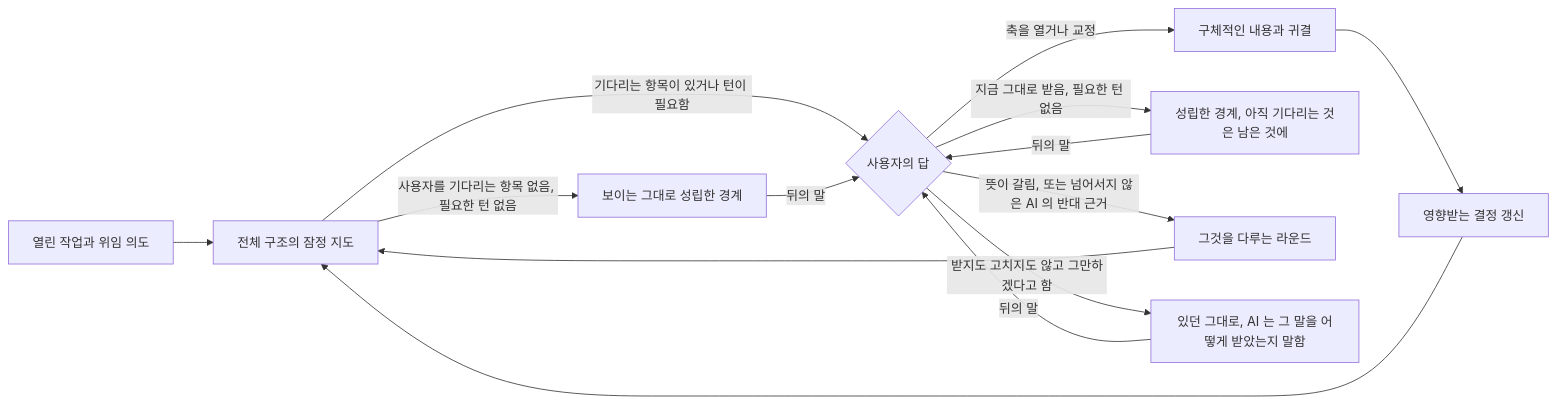
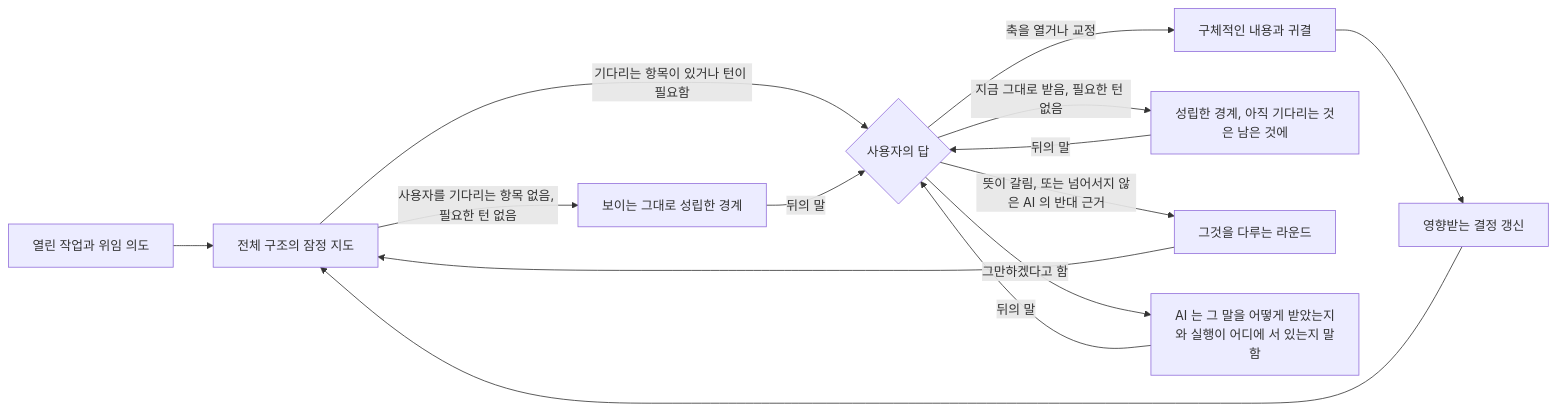
The diagram in horismos/README_ko.md (jongwony/epistemic-protocols), drawn with Mermaid before and after one commit. The commit also changed other lines of this file and 1 other file, not shown here.

Commit message:
fix(horismos): README 쌍에서 「그만」 의 사례 문장과 흐름도 갈래를 걷는다 (ROO-191)
ROO-191 decide 7e2ebe95 (choi 의 ROO-67 bf3665d7): 사람의 「그만」 이 무엇을 거두는지는 누적
컨텍스트에서 읽고, 계약에는 그 범위나 사례를 적지 않는다. SKILL.md 는 이미 `Reaches` 한
문장뿐이다. README 쌍에 남은 「accepting or changing nothing → Run stays as it was」 흐름도 갈래와
「without accepting or changing the boundary, leave the run as it was」 문장은 그만이 아무것도
거두지 않는다는 사례였으므로, 「다른 답처럼 읽고, 어떻게 받았는지와 실행이 어디에 서 있는지
말한다」 로 바꾼다.

Claude-Session: https://claude.ai/code/session_01CQN72GYhRecvDjeoiPheG6

````diff
--- a/horismos/README_ko.md
+++ b/horismos/README_ko.md
@@ -9,16 +9,16 @@
 ```mermaid
 flowchart LR
     A[열린 작업과 위임 의도] --> B[전체 구조의 잠정 지도]
     B -->|사용자를 기다리는 항목 없음, 필요한 턴 없음| G[보이는 그대로 성립한 경계]
     B -->|기다리는 항목이 있거나 턴이 필요함| C{사용자의 답}
     C -->|축을 열거나 교정| D[구체적인 내용과 귀결]
     D --> E[영향받는 결정 갱신]
     E --> B
     C -->|지금 그대로 받음, 필요한 턴 없음| F[성립한 경계, 아직 기다리는 것은 남은 것에]
     C -->|뜻이 갈림, 또는 넘어서지 않은 AI 의 반대 근거| H[그것을 다루는 라운드]
     H --> B
-    C -->|받지도 고치지도 않고 그만하겠다고 함| K[있던 그대로, AI 는 그 말을 어떻게 받았는지 말함]
+    C -->|그만하겠다고 함| K[AI 는 그 말을 어떻게 받았는지와 실행이 어디에 서 있는지 말함]
     K -->|뒤의 말| C
     F -->|뒤의 말| C
     G -->|뒤의 말| C
 ```
````
